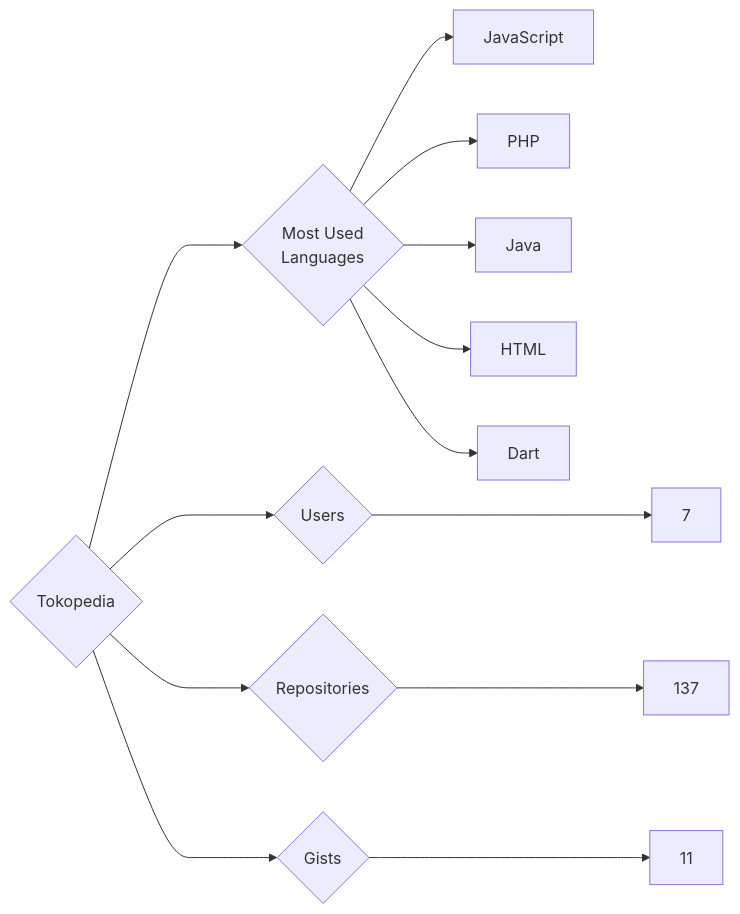
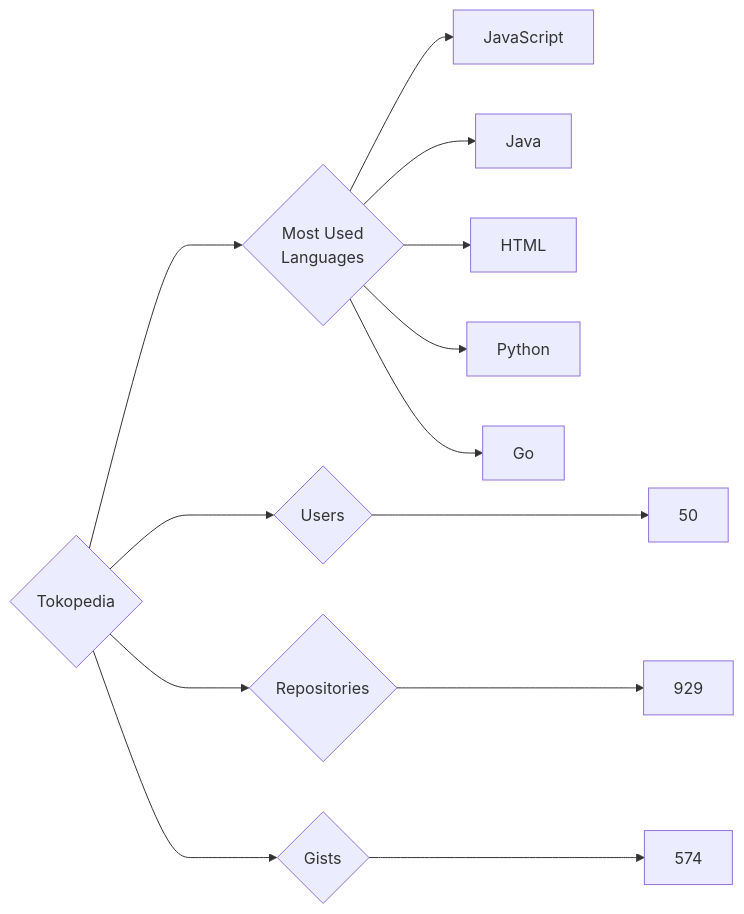
One commit to trickest/insiders changed the diagram in targets/Tokopedia/README.md. Above: the diagram before and after it, drawn with Mermaid. The commit also changed 814 other files, not shown here.

````diff
--- a/targets/Tokopedia/README.md
+++ b/targets/Tokopedia/README.md
@@ -3,13 +3,13 @@
 ```mermaid
 graph LR
 COMPANY_NAME{Tokopedia}
-COMPANY_NAME ---> U{Users} ---> UN[7]
-COMPANY_NAME ---> R{Repositories} ---> RN[137]
-COMPANY_NAME ---> G{Gists} ---> GN[11]
+COMPANY_NAME ---> U{Users} ---> UN[50]
+COMPANY_NAME ---> R{Repositories} ---> RN[929]
+COMPANY_NAME ---> G{Gists} ---> GN[574]
 COMPANY_NAME ---> ML{Most Used<br>Languages}
 ML --> JavaScript[JavaScript]
-ML --> PHP[PHP]
 ML --> Java[Java]
 ML --> HTML[HTML]
-ML --> Dart[Dart]
+ML --> Python[Python]
+ML --> Go[Go]
 ```
````
